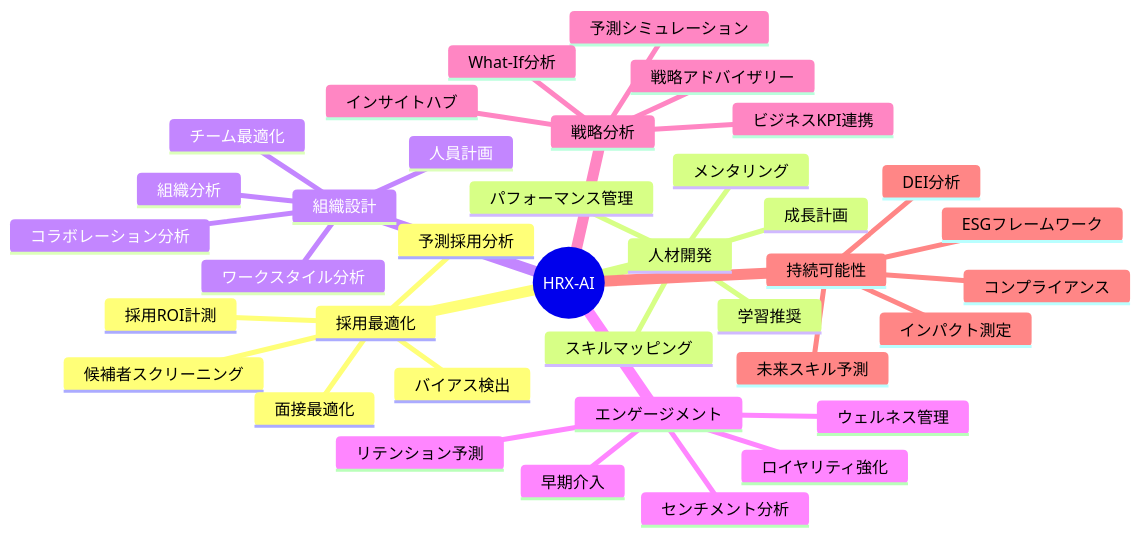
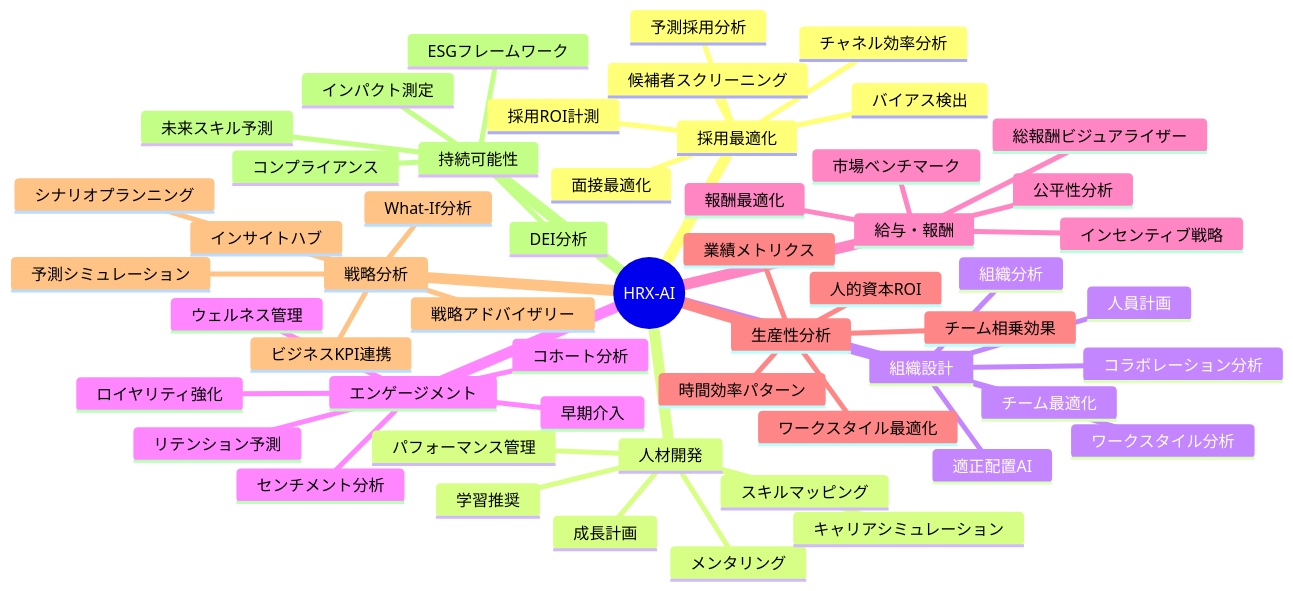
One commit to yf591/hrx-ai changed the fourth of 9 diagrams in Architecture_&_Visual_Reference.md. Above: the diagram before and after it, drawn with Mermaid. The commit also changed other lines of this file, not shown here.

````diff
--- a/Architecture_&_Visual_Reference.md
+++ b/Architecture_&_Visual_Reference.md
@@ -158,40 +157,57 @@
 ```mermaid
 mindmap
   root((HRX-AI))
     採用最適化
       候補者スクリーニング
       予測採用分析
       面接最適化
       バイアス検出
       採用ROI計測
+      チャネル効率分析
     人材開発
       パフォーマンス管理
       スキルマッピング
       成長計画
       メンタリング
       学習推奨
+      キャリアシミュレーション
     組織設計
       組織分析
       人員計画
       ワークスタイル分析
       チーム最適化
       コラボレーション分析
+      適正配置AI
     エンゲージメント
       リテンション予測
       センチメント分析
       ウェルネス管理
       早期介入
       ロイヤリティ強化
+      コホート分析
+    給与・報酬
+      市場ベンチマーク
+      公平性分析
+      報酬最適化
+      インセンティブ戦略
+      総報酬ビジュアライザー
+    生産性分析
+      業績メトリクス
+      ワークスタイル最適化
+      人的資本ROI
+      時間効率パターン
+      チーム相乗効果
     戦略分析
       インサイトハブ
       予測シミュレーション
       What-If分析
       戦略アドバイザリー
       ビジネスKPI連携
+      シナリオプランニング
     持続可能性
       DEI分析
       ESGフレームワーク
       コンプライアンス
       インパクト測定
       未来スキル予測
 ```
````
